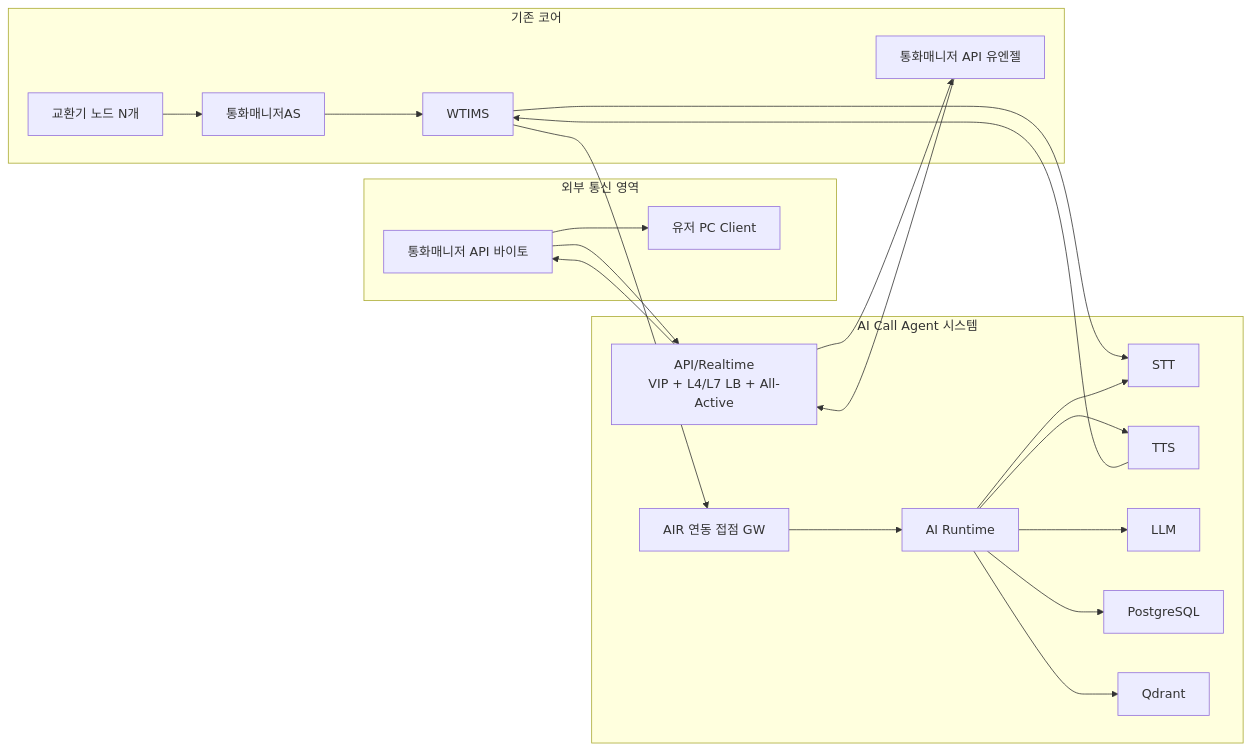
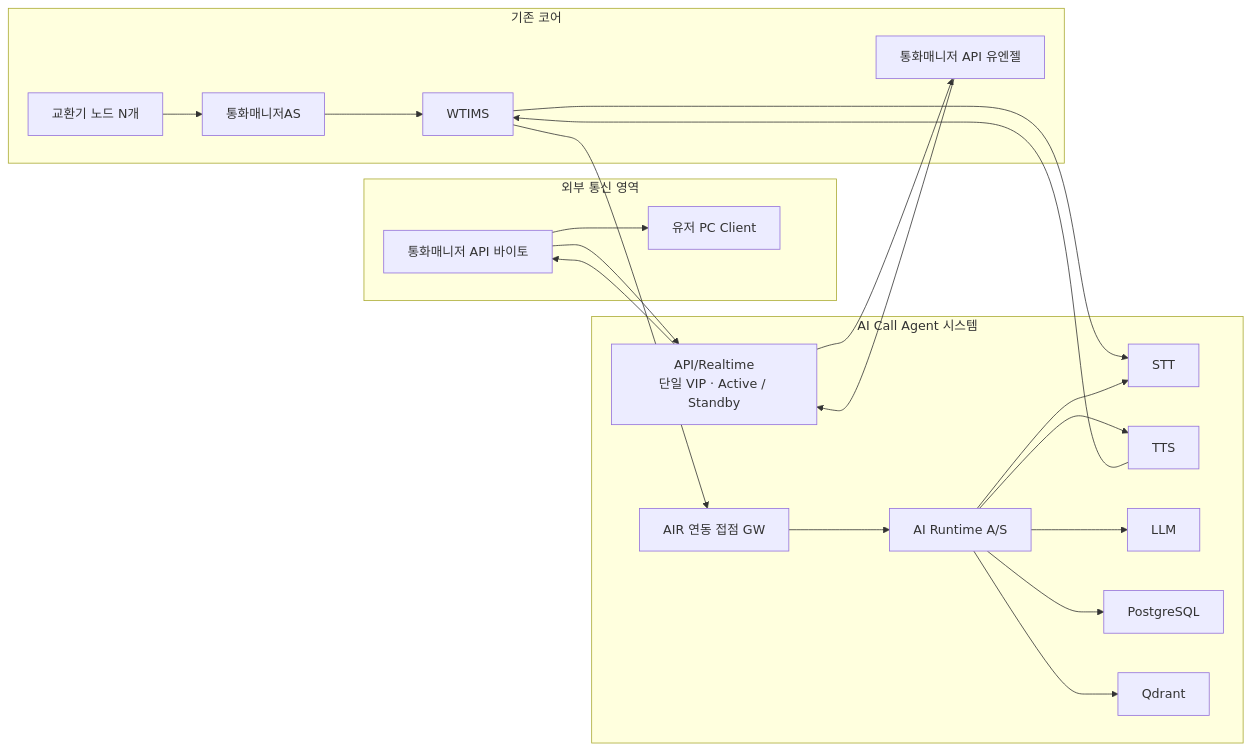
The fourth of 8 diagrams in docs/architecture/production-deployment-architecture.md (hak023/agentic_ai_callbot), drawn with Mermaid before and after one commit. The commit also changed other lines of this file, not shown here.

Commit message:
docs: update production-deployment-architecture (AI Call Agent OPEX §11.6)

````diff
--- a/docs/architecture/production-deployment-architecture.md
+++ b/docs/architecture/production-deployment-architecture.md
@@ -345,36 +378,36 @@
 ```mermaid
 flowchart LR
     subgraph EXT["외부 통신 영역"]
         PCL["유저 PC Client"]
         BAPI["통화매니저 API 바이토"]
     end
     subgraph CORE["기존 코어"]
         EX["교환기 노드 N개"]
         CM["통화매니저AS"]
         WT["WTIMS"]
         UAPI["통화매니저 API 유엔젤"]
     end
     subgraph ACA["AI Call Agent 시스템"]
         GW["AIR 연동 접점 GW"]
-        AIR["AI Runtime"]
+        AIR["AI Runtime A/S"]
         STT["STT"]
         TTS["TTS"]
         LLM["LLM"]
-        API["API/Realtime<br/>VIP + L4/L7 LB + All-Active"]
+        API["API/Realtime<br/>단일 VIP · Active / Standby"]
         PG["PostgreSQL"]
         QD["Qdrant"]
     end
     EX --> CM --> WT
     WT --> GW --> AIR
     WT --> STT
     AIR --> STT
     AIR --> TTS --> WT
     AIR --> LLM
     UAPI --> API
     BAPI --> API
     API --> UAPI
     API --> BAPI
     BAPI --> PCL
     AIR --> PG
     AIR --> QD
 ```
````
